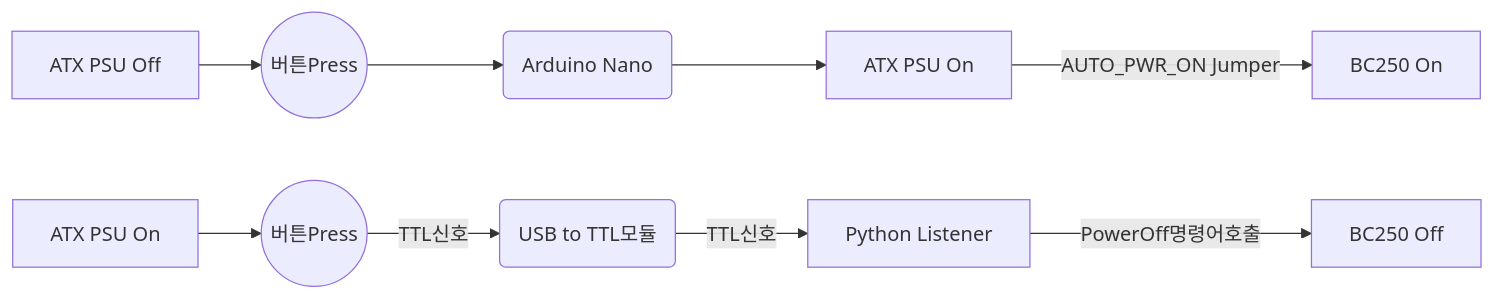
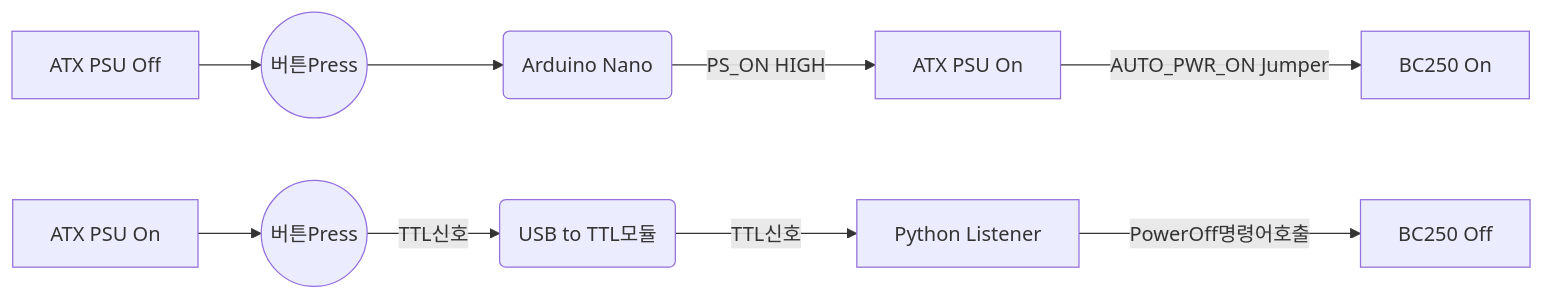
The first of 2 diagrams in README.md (coolsolgit/BC250-ATX-PSU-Control), drawn with Mermaid before and after one commit.

Commit message:
Update flowchart with PS_ON HIGH condition

````diff
--- a/README.md
+++ b/README.md
@@ -23,12 +23,12 @@
 ```mermaid
 flowchart LR
 A1[ATX PSU Off] --> B1((버튼Press))
   B1 --> C1(Arduino Nano)
-  C1 --> D1[ATX PSU On]
+  C1 -->|PS_ON HIGH| D1[ATX PSU On]
   D1 -->|AUTO_PWR_ON Jumper| E1[BC250 On]
 A2[ATX PSU On] --> B2((버튼Press))
   B2 -->|TTL신호| C2(USB to TTL모듈)
   C2 -->|TTL신호| D2[Python Listener]
   D2 -->|PowerOff명령어호출| E22[BC250 Off]
 
 ```
````
